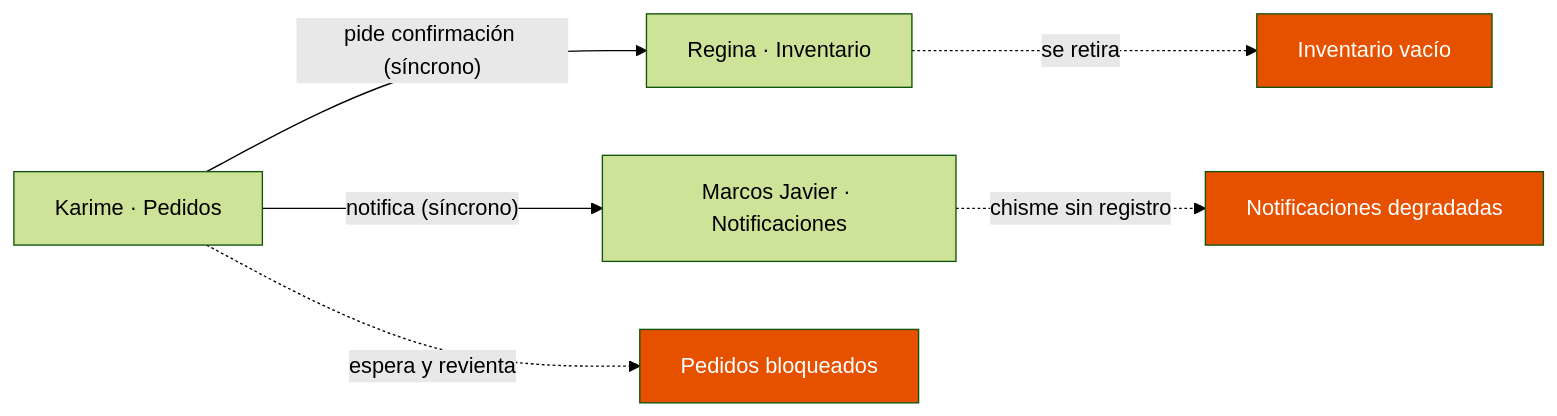
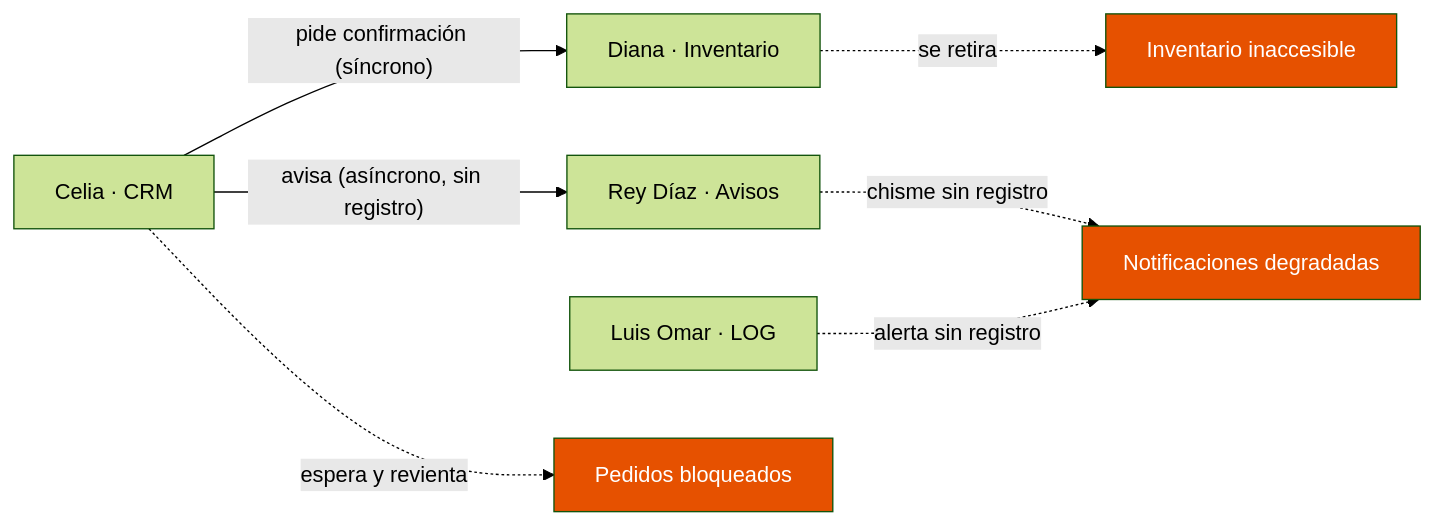
The first of 2 diagrams in content/posts/2026-09-06-que-es-kafka-y-por-que-se-llama-asi.md (misaelnieto/misaelnieto.github.io), drawn with Mermaid (forest theme) before and after one commit. The commit also changed other lines of this file, not shown here.

````diff
--- a/content/posts/2026-09-06-que-es-kafka-y-por-que-se-llama-asi.md
+++ b/content/posts/2026-09-06-que-es-kafka-y-por-que-se-llama-asi.md
@@ -176,12 +121,13 @@
 ```mermaid
 flowchart LR
-    K[Karime · Pedidos] -->|"pide confirmación (síncrono)"| R[Regina · Inventario]
-    K -->|"notifica (síncrono)"| M[Marcos Javier · Notificaciones]
-    M -.->|"chisme sin registro"| F[Notificaciones degradadas]
-    R -.->|"se retira"| D[Inventario vacío]
-    K -.->|"espera y revienta"| E[Pedidos bloqueados]
+    C[Celia · CRM] -->|"pide confirmación (síncrono)"| D[Diana · Inventario]
+    C -->|"avisa (asíncrono, sin registro)"| R[Rey Díaz · Avisos]
+    R -.->|"chisme sin registro"| F[Notificaciones degradadas]
+    L[Luis Omar · LOG] -.->|"alerta sin registro"| F
+    D -.->|"se retira"| I[Inventario inaccesible]
+    C -.->|"espera y revienta"| E[Pedidos bloqueados]
 
-    style D fill:#E65100,color:#fff
+    style I fill:#E65100,color:#fff
     style E fill:#E65100,color:#fff
     style F fill:#E65100,color:#fff
 ```
````
